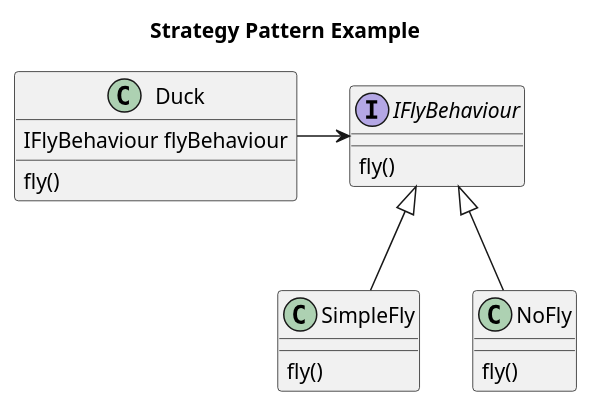
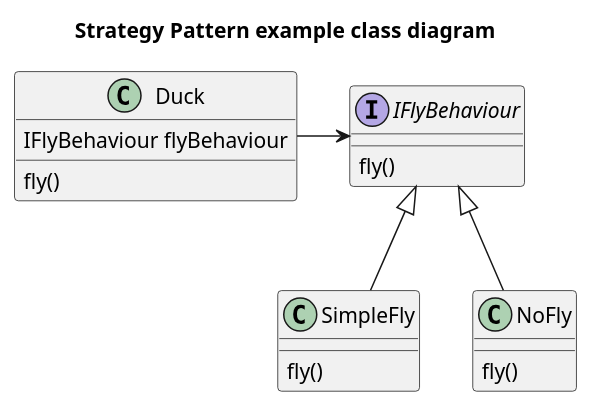
The diagram in strategy/doc/example/class.puml (nsanitate/design-pattern), drawn with PlantUML before and after one commit. The commit also changed 1 other file, not shown here.

Commit message:
docs(strategy): added titles to diagrams

```diff
--- a/strategy/doc/example/class.puml
+++ b/strategy/doc/example/class.puml
@@ -1,23 +1,23 @@
-@startuml Strategy Pattern Example
-title Strategy Pattern Example
+@startuml Strategy Pattern example class diagram
+title Strategy Pattern example class diagram
 class Duck {
     IFlyBehaviour flyBehaviour
     fly()
 }
 
 interface IFlyBehaviour {
     fly()
 }
 
 class SimpleFly {
     fly()
 }
 
 class NoFly {
     fly()
 }
 
 Duck -> IFlyBehaviour
 IFlyBehaviour <|-- SimpleFly
 IFlyBehaviour <|-- NoFly
 @enduml
```
